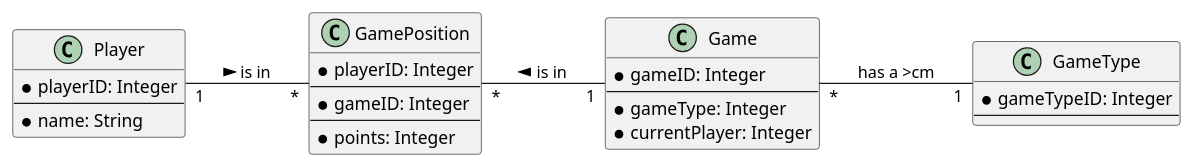
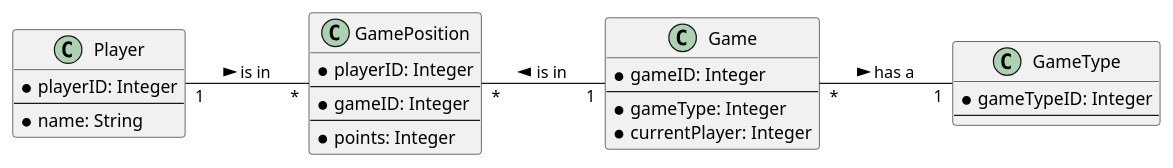
The diagram in asciidocs/classDiagram.adoc (2223-3bhif-syp/Dart-Scoring-App), drawn with PlantUML before and after one commit.

Commit message:
correct typo in CLD

```diff
--- a/asciidocs/classDiagram.adoc
+++ b/asciidocs/classDiagram.adoc
@@ -1,35 +1,35 @@
 [plantuml, target=diagram-classes, format=png]
 ....
 left to right direction
 
 class GameType{
 * gameTypeID: Integer
 --
 }
 
 class Player{
 * playerID: Integer
 --
 * name: String
 }
 
 class Game{
 * gameID: Integer
 --
 * gameType: Integer
 * currentPlayer: Integer
 }
 
 class GamePosition{
 * playerID: Integer
 --
 * gameID: Integer
 --
 * points: Integer
 }
 
 Player "1"--"*" GamePosition : is in >
 GamePosition "*"--"1" Game : is in <
-Game "*"--"1" GameType : has a >cm
+Game "*"--"1" GameType : has a >
 
 ....
```
